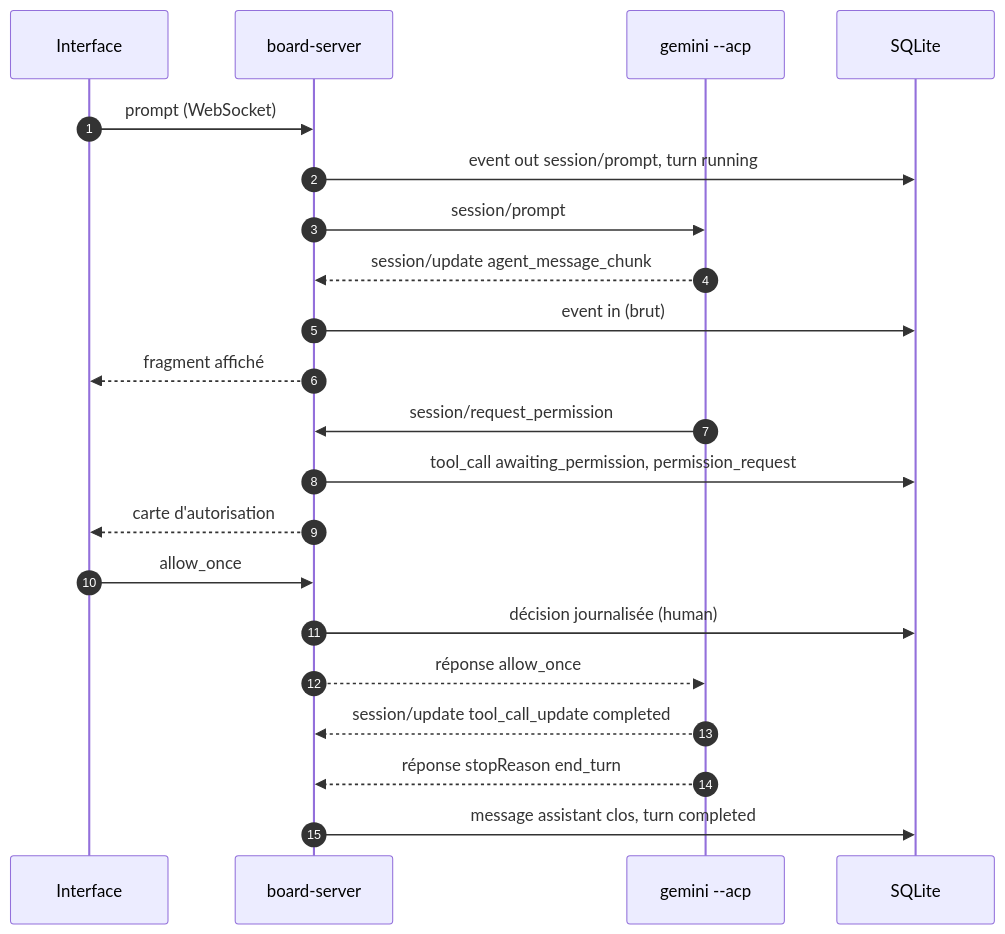
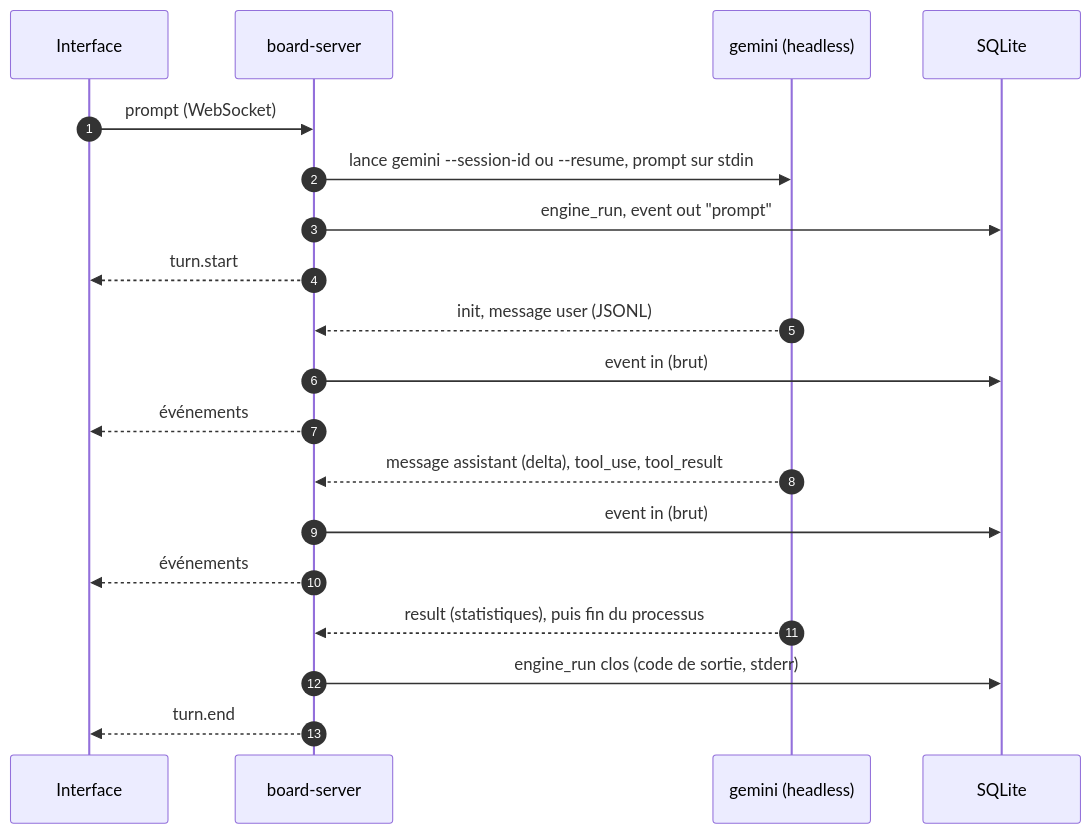
The second of 3 diagrams in README.md (FredGarcia/geminiboard-cadrage), drawn with Mermaid before and after one commit. The commit also changed other lines of this file, not shown here.

````diff
--- a/README.md
+++ b/README.md
@@ -153,23 +158,21 @@
 ```mermaid
 sequenceDiagram
   autonumber
   participant U as Interface
   participant S as board-server
-  participant G as gemini --acp
+  participant G as gemini (headless)
   participant D as SQLite
   U->>S: prompt (WebSocket)
-  S->>D: event out session/prompt, turn running
-  S->>G: session/prompt
-  G-->>S: session/update agent_message_chunk
+  S->>G: lance gemini --session-id ou --resume, prompt sur stdin
+  S->>D: engine_run, event out "prompt"
+  S-->>U: turn.start
+  G-->>S: init, message user (JSONL)
   S->>D: event in (brut)
-  S-->>U: fragment affiché
-  G->>S: session/request_permission
-  S->>D: tool_call awaiting_permission, permission_request
-  S-->>U: carte d'autorisation
-  U->>S: allow_once
-  S->>D: décision journalisée (human)
-  S-->>G: réponse allow_once
-  G-->>S: session/update tool_call_update completed
-  G-->>S: réponse stopReason end_turn
-  S->>D: message assistant clos, turn completed
+  S-->>U: événements
+  G-->>S: message assistant (delta), tool_use, tool_result
+  S->>D: event in (brut)
+  S-->>U: événements
+  G-->>S: result (statistiques), puis fin du processus
+  S->>D: engine_run clos (code de sortie, stderr)
+  S-->>U: turn.end
 ```
````
